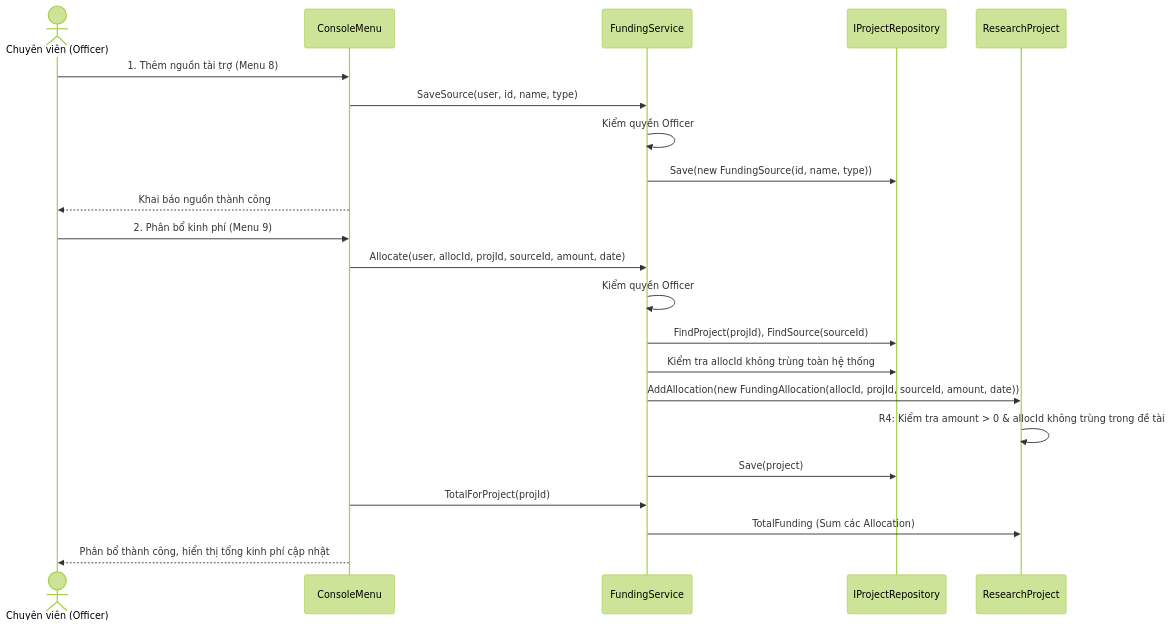
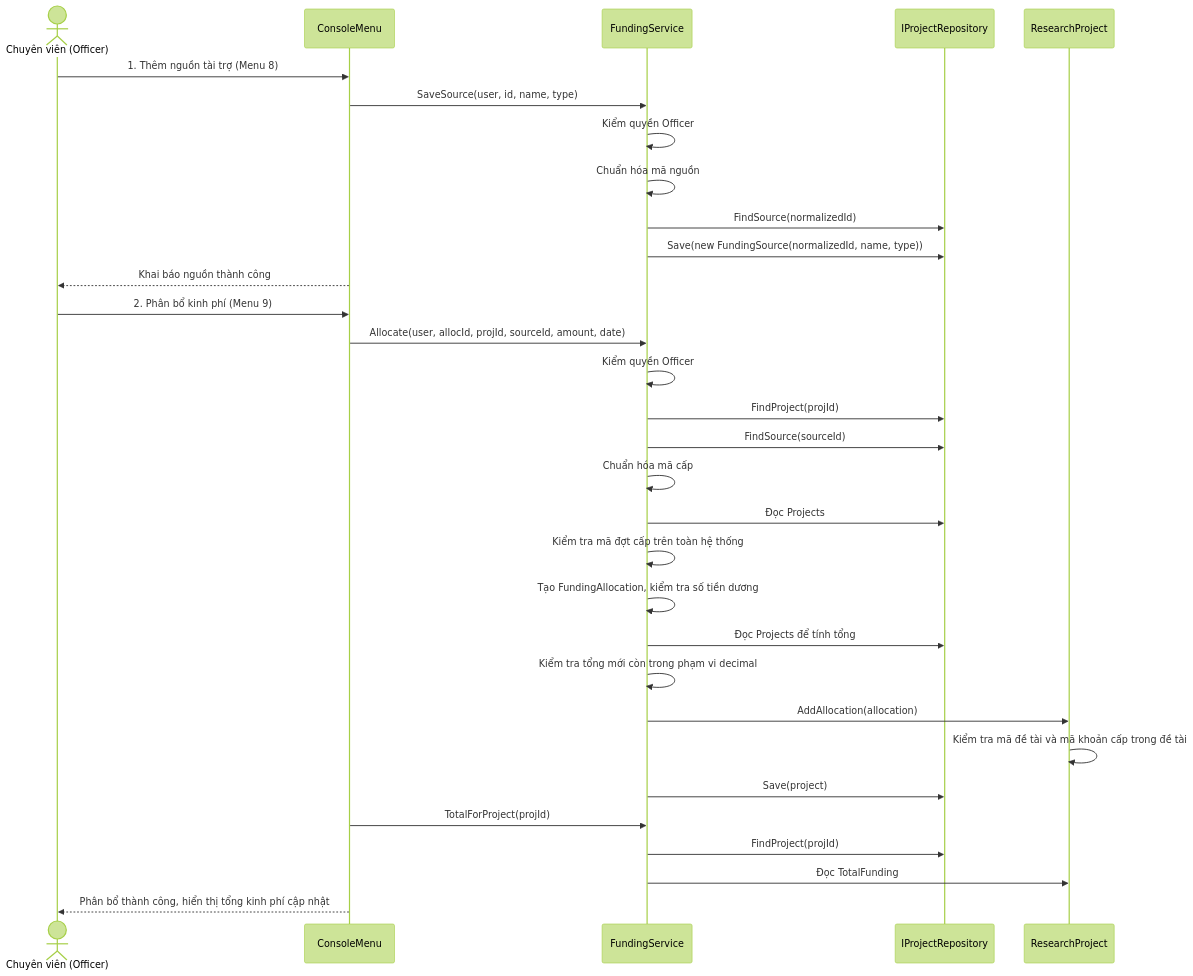
The eighth of 10 diagrams in docs/uml.md (PKT-zZ/QLNCKH_OOP_FINAL), drawn with Mermaid (forest theme) before and after one commit. The commit also changed other lines of this file and 9 other files, not shown here.

````diff
--- a/docs/uml.md
+++ b/docs/uml.md
@@ -612,28 +607,37 @@
 ```mermaid
 sequenceDiagram
     actor CV as Chuyên viên (Officer)
     participant UI as ConsoleMenu
     participant FS as FundingService
     participant Repo as IProjectRepository
     participant P as ResearchProject
 
     %% Khai báo nguồn
     CV->>UI: 1. Thêm nguồn tài trợ (Menu 8)
     UI->>FS: SaveSource(user, id, name, type)
     FS->>FS: Kiểm quyền Officer
-    FS->>Repo: Save(new FundingSource(id, name, type))
+    FS->>FS: Chuẩn hóa mã nguồn
+    FS->>Repo: FindSource(normalizedId)
+    FS->>Repo: Save(new FundingSource(normalizedId, name, type))
     UI-->>CV: Khai báo nguồn thành công
 
     %% Phân bổ kinh phí
     CV->>UI: 2. Phân bổ kinh phí (Menu 9)
     UI->>FS: Allocate(user, allocId, projId, sourceId, amount, date)
     FS->>FS: Kiểm quyền Officer
-    FS->>Repo: FindProject(projId), FindSource(sourceId)
-    FS->>Repo: Kiểm tra allocId không trùng toàn hệ thống
-    FS->>P: AddAllocation(new FundingAllocation(allocId, projId, sourceId, amount, date))
-    P->>P: R4: Kiểm tra amount > 0 & allocId không trùng trong đề tài
+    FS->>Repo: FindProject(projId)
+    FS->>Repo: FindSource(sourceId)
+    FS->>FS: Chuẩn hóa mã cấp
+    FS->>Repo: Đọc Projects
+    FS->>FS: Kiểm tra mã đợt cấp trên toàn hệ thống
+    FS->>FS: Tạo FundingAllocation, kiểm tra số tiền dương
+    FS->>Repo: Đọc Projects để tính tổng
+    FS->>FS: Kiểm tra tổng mới còn trong phạm vi decimal
+    FS->>P: AddAllocation(allocation)
+    P->>P: Kiểm tra mã đề tài và mã khoản cấp trong đề tài
     FS->>Repo: Save(project)
     UI->>FS: TotalForProject(projId)
-    FS->>P: TotalFunding (Sum các Allocation)
+    FS->>Repo: FindProject(projId)
+    FS->>P: Đọc TotalFunding
     UI-->>CV: Phân bổ thành công, hiển thị tổng kinh phí cập nhật
 ```
````
